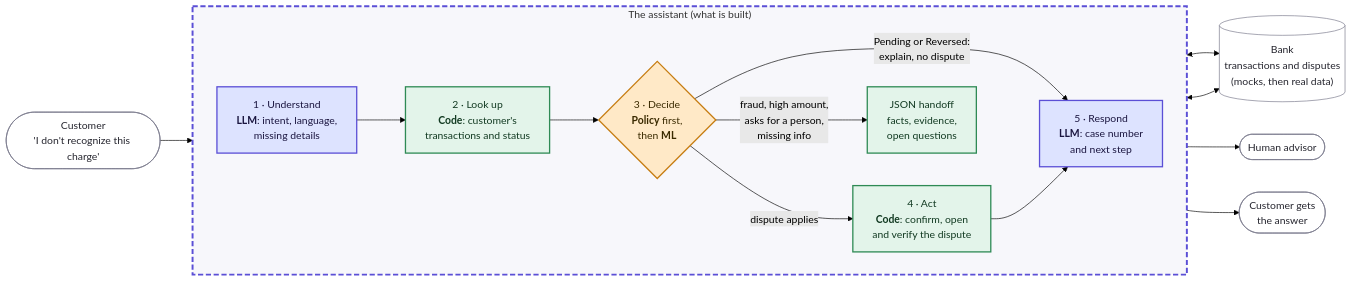
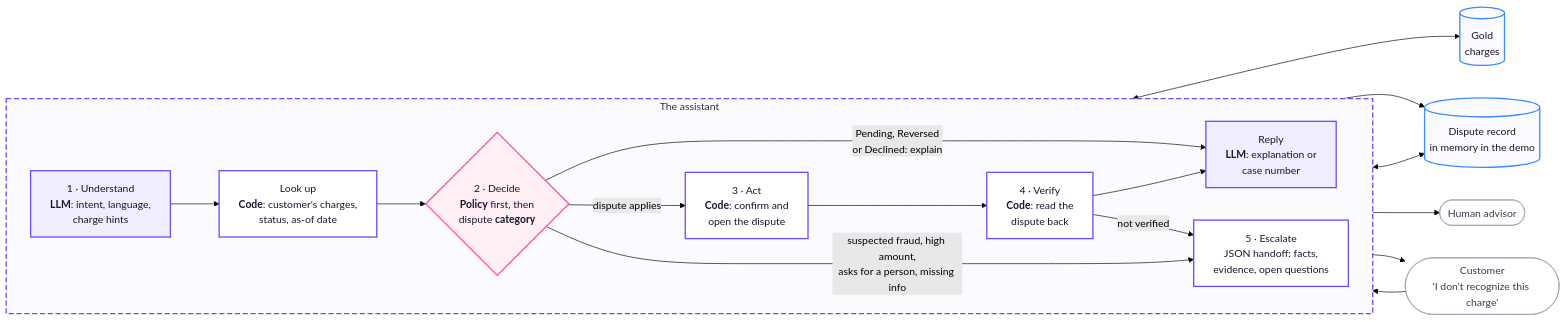
The diagram in docs/build/flows/03-flow-selection.md (rdorta27/factored-hackathon-2026-sentinel-engine), drawn with Mermaid (forest theme) before and after one commit. The commit also changed other lines of this file and 29 other files, not shown here.

````diff
--- a/docs/build/flows/03-flow-selection.md
+++ b/docs/build/flows/03-flow-selection.md
@@ -110,34 +110,39 @@
 ```mermaid
 flowchart LR
     customer(["Customer<br/>'I don't recognize this charge'"])
-    subgraph system["The assistant (what is built)"]
+    subgraph system["The assistant"]
         direction LR
-        understand["1 · Understand<br/><b>LLM</b>: intent, language,<br/>missing details"]
-        lookup["2 · Look up<br/><b>Code</b>: customer's<br/>transactions and status"]
-        decide{"3 · Decide<br/><b>Policy</b> first,<br/>then <b>ML</b>"}
-        act["4 · Act<br/><b>Code</b>: confirm, open<br/>and verify the dispute"]
-        respond["5 · Respond<br/><b>LLM</b>: case number<br/>and next step"]
-        handoff["JSON handoff<br/>facts, evidence,<br/>open questions"]
+        understand["1 · Understand<br/><b>LLM</b>: intent, language,<br/>charge hints"]
+        lookup["Look up<br/><b>Code</b>: customer's charges,<br/>status, as-of date"]
+        decide{"2 · Decide<br/><b>Policy</b> first, then<br/>dispute <b>category</b>"}
+        act["3 · Act<br/><b>Code</b>: confirm and<br/>open the dispute"]
+        verify["4 · Verify<br/><b>Code</b>: read the<br/>dispute back"]
+        respond["Reply<br/><b>LLM</b>: explanation or<br/>case number"]
+        handoff["5 · Escalate<br/>JSON handoff: facts,<br/>evidence, open questions"]
     end
-    bank[("Bank<br/>transactions and disputes<br/>(mocks, then real data)")]
+    gold[("Gold<br/>charges")]
+    record[("Dispute record<br/>in memory in the demo")]
     advisor(["Human advisor"])
-    reply(["Customer gets<br/>the answer"])
 
     customer --> understand --> lookup --> decide
-    lookup <--> bank
-    decide -- "Pending or Reversed:<br/>explain, no dispute" --> respond
-    decide -- "dispute applies" --> act --> respond
-    act <--> bank
-    decide -- "fraud, high amount,<br/>asks for a person,<br/>missing info" --> handoff --> advisor
-    respond --> reply
+    lookup <--> gold
+    decide -- "Pending, Reversed<br/>or Declined: explain" --> respond
+    decide -- "dispute applies" --> act --> verify --> respond
+    act --> record
+    verify <--> record
+    verify -- "not verified" --> handoff
+    decide -- "suspected fraud, high amount,<br/>asks for a person, missing info" --> handoff --> advisor
+    respond --> customer
 
-    classDef ai fill:#dde3ff,stroke:#5b4fd6,stroke-width:2px,color:#1b1640
-    classDef code fill:#e3f4ea,stroke:#2f8a55,stroke-width:2px,color:#123a22
-    classDef dec fill:#ffe9c7,stroke:#c77d12,stroke-width:2px,color:#3a2a00
-    classDef ext fill:#ffffff,stroke:#77778a,stroke-width:1px,color:#26262f
+    classDef ai fill:#f1edff,stroke:#6d4aff,stroke-width:2px,color:#1a1530
+    classDef code fill:#ffffff,stroke:#6d4aff,stroke-width:2px,color:#1a1530
+    classDef dec fill:#fff0f5,stroke:#ff4f8b,stroke-width:2px,color:#1a1530
+    classDef store fill:#fbfaff,stroke:#3d8bff,stroke-width:2px,color:#1a1530
+    classDef ext fill:#ffffff,stroke:#a09cb5,stroke-width:1px,color:#3d3a4f
     class understand,respond ai
-    class lookup,act,handoff code
+    class lookup,act,verify,handoff code
     class decide dec
-    class customer,advisor,bank,reply ext
-    style system fill:#f7f7fb,stroke:#5b4fd6,stroke-width:3px,stroke-dasharray:8 4
+    class gold,record store
+    class customer,advisor ext
+    style system fill:#fbfaff,stroke:#6d4aff,stroke-width:2px,stroke-dasharray:8 4
 ```
````
